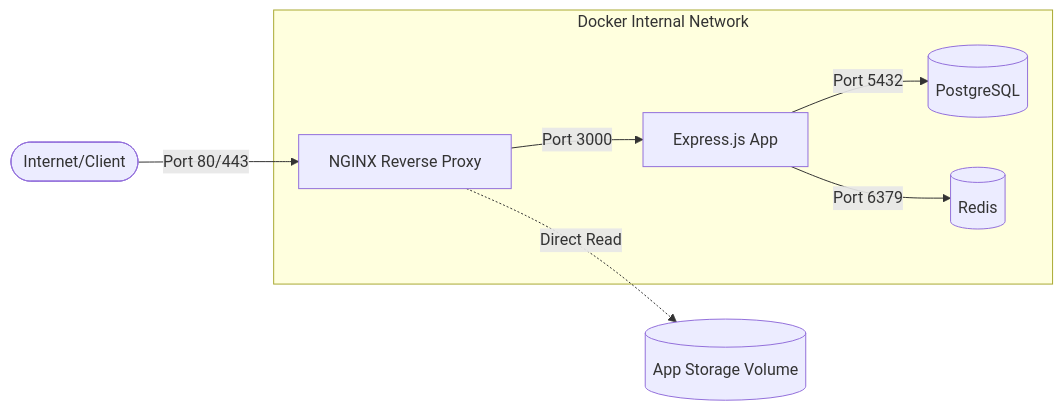
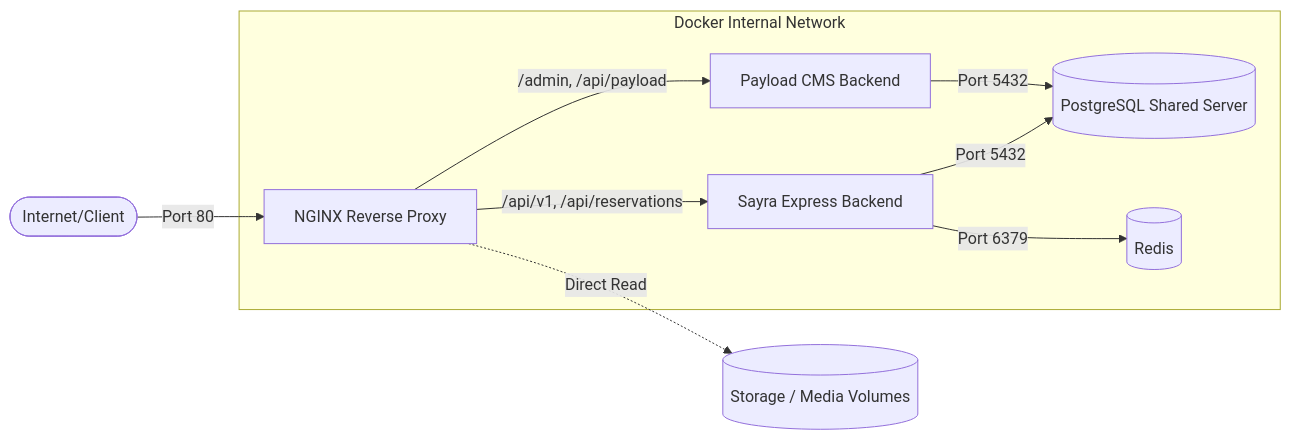
One commit to amirhossein-moloki/PlayNest changed the diagram in NGINX_INTEGRATION_GUIDE.md. Above: the diagram before and after it, drawn with Mermaid. The commit also changed other lines of this file and 11 other files, not shown here.

First line of the commit message:
Reconfigure infrastructure for Sayra and Payload split

````diff
--- a/NGINX_INTEGRATION_GUIDE.md
+++ b/NGINX_INTEGRATION_GUIDE.md
@@ -11,12 +11,14 @@
 ```mermaid
 graph LR
-    Client([Internet/Client]) -->|Port 80/443| NGINX[NGINX Reverse Proxy]
+    Client([Internet/Client]) -->|Port 80| NGINX[NGINX Reverse Proxy]
 
     subgraph "Docker Internal Network"
-        NGINX -->|Port 3000| App[Express.js App]
-        App -->|Port 5432| DB[(PostgreSQL)]
-        App -->|Port 6379| Redis[(Redis)]
+        NGINX -->|/api/v1, /api/reservations| Sayra[Sayra Express Backend]
+        NGINX -->|/admin, /api/payload| Payload[Payload CMS Backend]
+        Sayra -->|Port 5432| DB[(PostgreSQL Shared Server)]
+        Payload -->|Port 5432| DB
+        Sayra -->|Port 6379| Redis[(Redis)]
     end
 
-    NGINX -.->|Direct Read| Media[(App Storage Volume)]
+    NGINX -.->|Direct Read| Media[(Storage / Media Volumes)]
 ```
````
